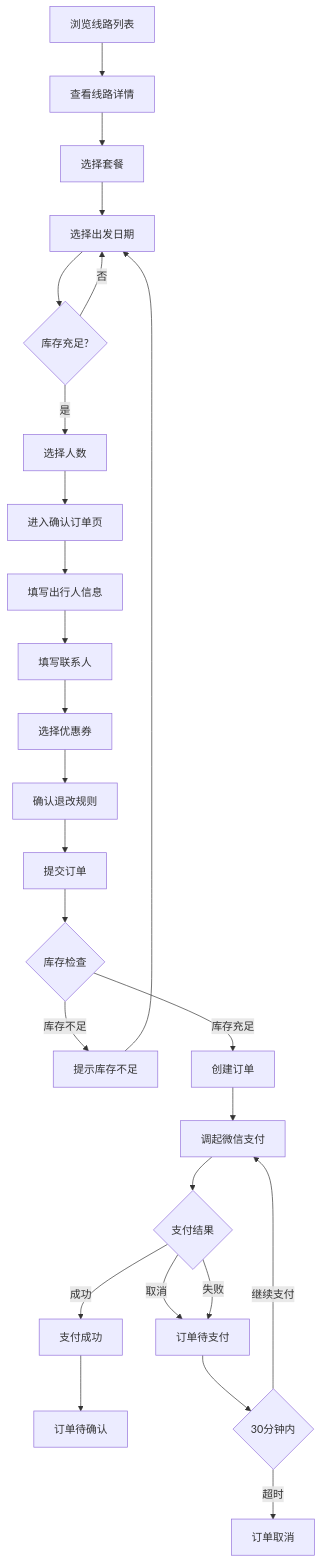
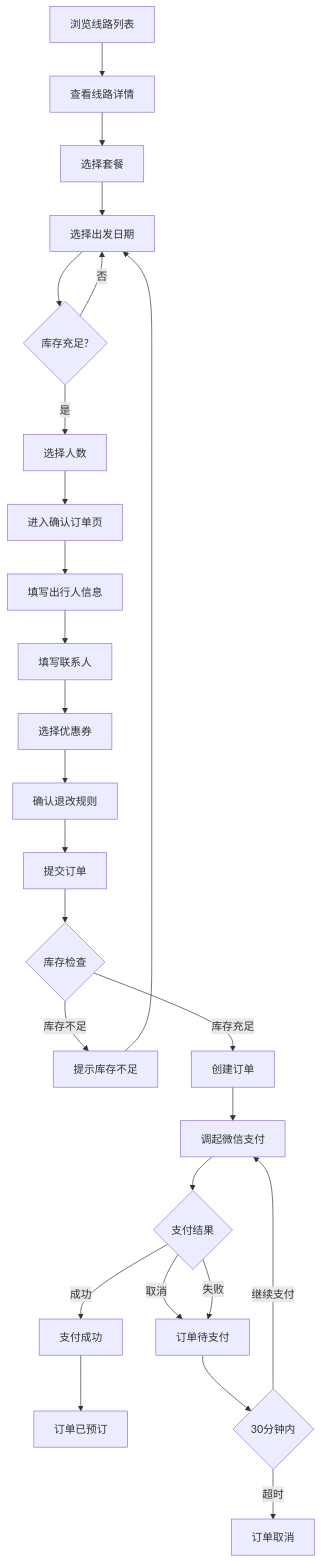
One commit to jianbo-fly/xunjiqianxing-mini changed the fourth of 7 diagrams in docs/技术方案/寻迹千行详细设计_V1.md. Above: the diagram before and after it, drawn with Mermaid. The commit also changed other lines of this file and 359 other files, not shown here.

````diff
--- a/docs/技术方案/寻迹千行详细设计_V1.md
+++ b/docs/技术方案/寻迹千行详细设计_V1.md
@@ -705,28 +671,28 @@
 ```mermaid
 flowchart TD
     A[浏览线路列表] --> B[查看线路详情]
     B --> C[选择套餐]
     C --> D[选择出发日期]
     D --> E{库存充足?}
     E -->|否| D
     E -->|是| F[选择人数]
     F --> G[进入确认订单页]
     G --> H[填写出行人信息]
     H --> I[填写联系人]
     I --> J[选择优惠券]
     J --> K[确认退改规则]
     K --> L[提交订单]
     L --> M{库存检查}
     M -->|库存不足| N[提示库存不足]
     N --> D
     M -->|库存充足| O[创建订单]
     O --> P[调起微信支付]
     P --> Q{支付结果}
     Q -->|取消| R[订单待支付]
     Q -->|失败| R
     Q -->|成功| S[支付成功]
-    S --> T[订单待确认]
+    S --> T[订单已预订]
     R --> U{30分钟内}
     U -->|继续支付| P
     U -->|超时| V[订单取消]
 ```
````
